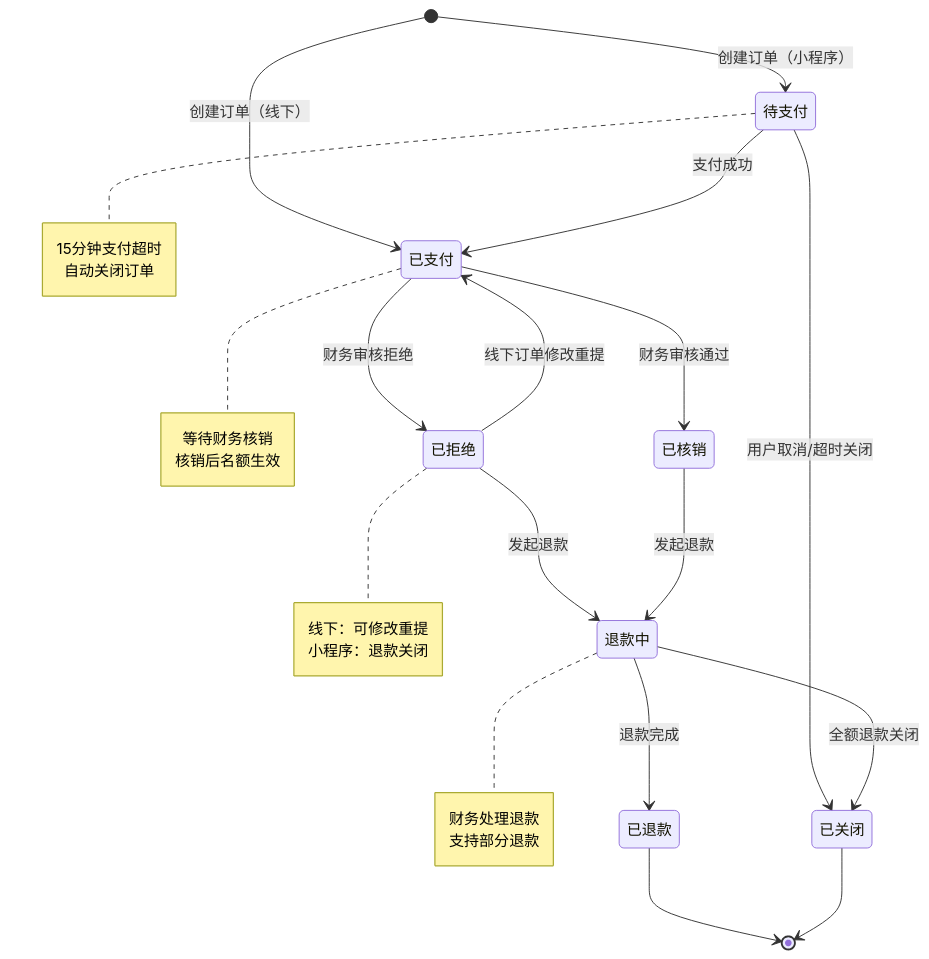
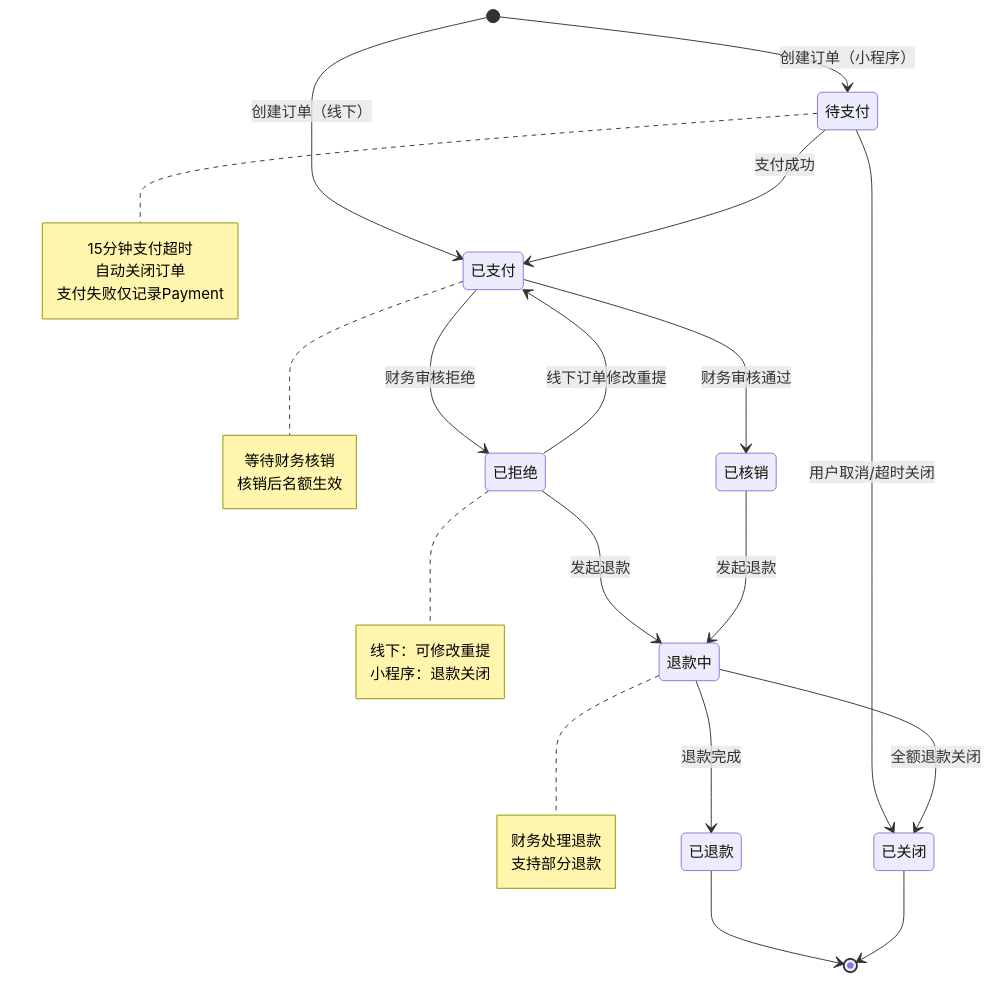
The fifth of 9 diagrams in 课程培训平台/PRD.md (zingxy/side-job), drawn with Mermaid before and after one commit. The commit also changed other lines of this file, not shown here.

````diff
--- a/课程培训平台/PRD.md
+++ b/课程培训平台/PRD.md
@@ -594,36 +638,37 @@
 ```mermaid
 stateDiagram-v2
     [*] --> 待支付 : 创建订单（小程序）
     [*] --> 已支付 : 创建订单（线下）
     待支付 --> 已支付 : 支付成功
     待支付 --> 已关闭 : 用户取消/超时关闭
     已支付 --> 已核销 : 财务审核通过
     已支付 --> 已拒绝 : 财务审核拒绝
     已拒绝 --> 已支付 : 线下订单修改重提
     已拒绝 --> 退款中 : 发起退款
     已核销 --> 退款中 : 发起退款
     退款中 --> 已退款 : 退款完成
     退款中 --> 已关闭 : 全额退款关闭
     已退款 --> [*]
     已关闭 --> [*]
 
     note right of 待支付
         15分钟支付超时
         自动关闭订单
+        支付失败仅记录Payment
     end note
 
     note right of 已支付
         等待财务核销
         核销后名额生效
     end note
 
     note right of 已拒绝
         线下：可修改重提
         小程序：退款关闭
     end note
 
     note right of 退款中
         财务处理退款
         支持部分退款
     end note
 ```
````
